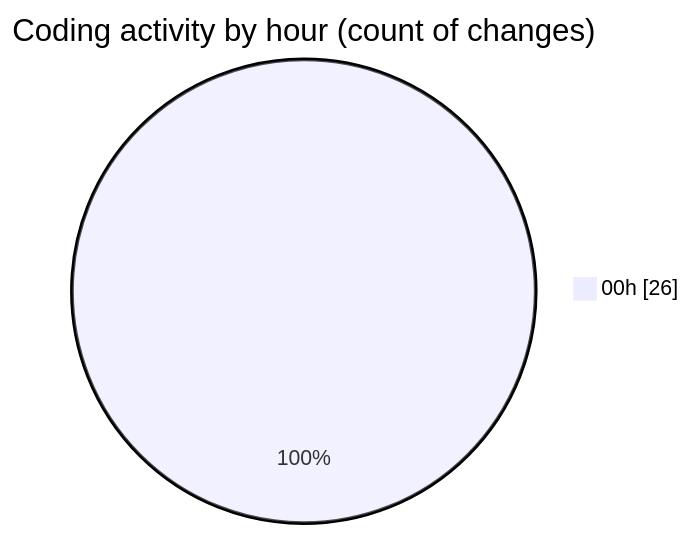
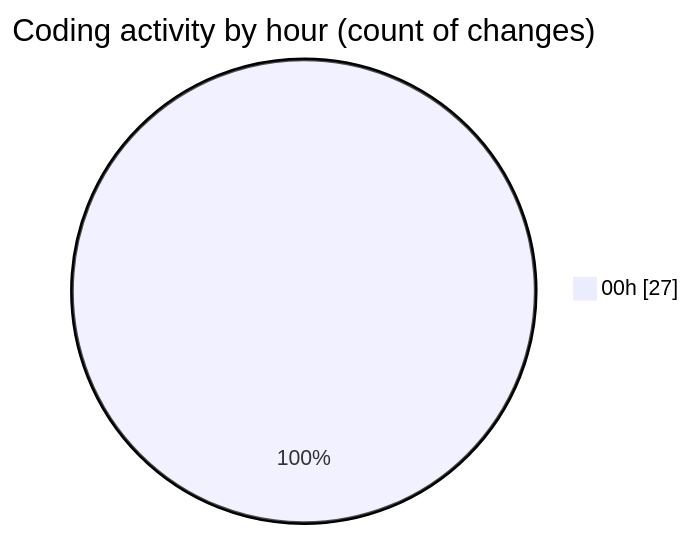
The second of 2 diagrams in 2025-01-24/trackers_app/README.md (donsfak/code-tracking), drawn with Mermaid before and after one commit. The commit also changed other lines of this file and 1 other file, not shown here.

````diff
--- a/2025-01-24/trackers_app/README.md
+++ b/2025-01-24/trackers_app/README.md
@@ -30,5 +30,5 @@
 ```mermaid
 pie showData
 title Coding activity by hour (count of changes)
-"00h" : 26
+"00h" : 27
 ```
````
